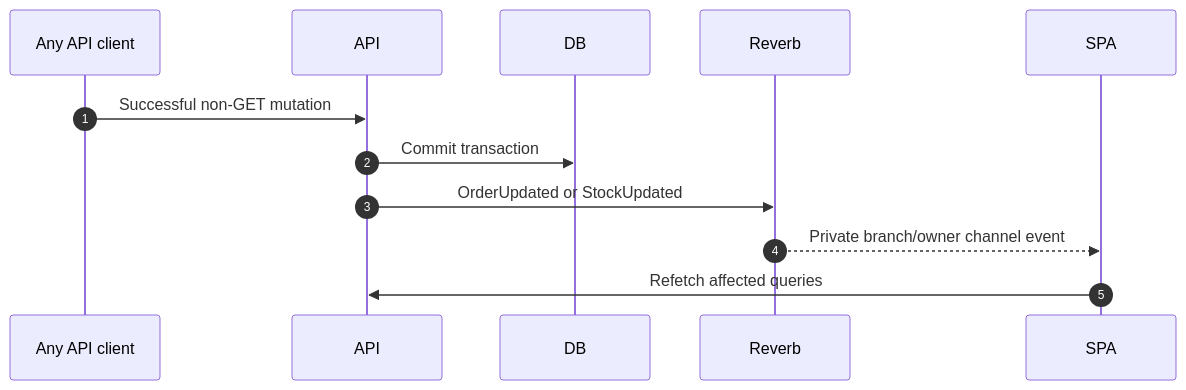
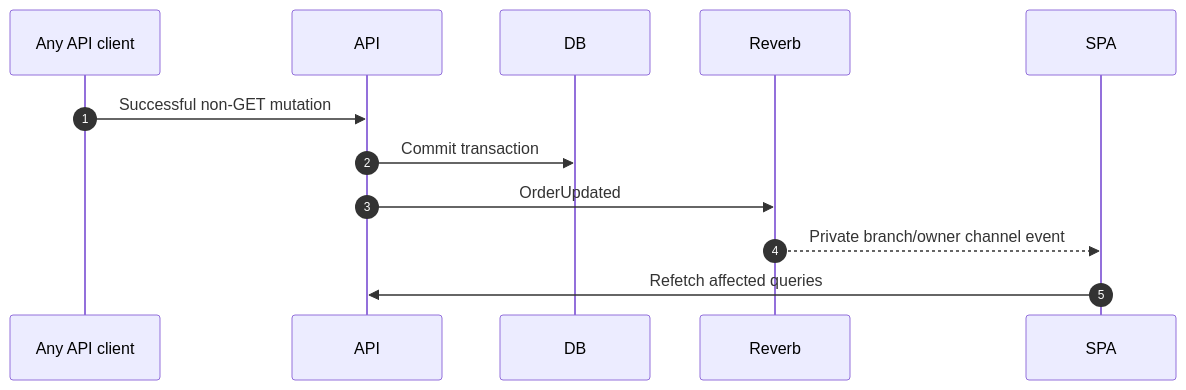
One commit to Arukast/pos_alja changed diagram 17 of 21 in docs/architecture/sequence-diagrams.md. Above: the diagram before and after it, drawn with Mermaid. The commit also changed other lines of this file and 9 other files, not shown here.

````diff
--- a/docs/architecture/sequence-diagrams.md
+++ b/docs/architecture/sequence-diagrams.md
@@ -440,15 +449,15 @@
 ```mermaid
 sequenceDiagram
     autonumber
     participant Writer as Any API client
     participant API
     participant DB
     participant R as Reverb
     participant SPA
 
     Writer->>API: Successful non-GET mutation
     API->>DB: Commit transaction
-    API->>R: OrderUpdated or StockUpdated
+    API->>R: OrderUpdated
     R-->>SPA: Private branch/owner channel event
     SPA->>API: Refetch affected queries
 ```
````
